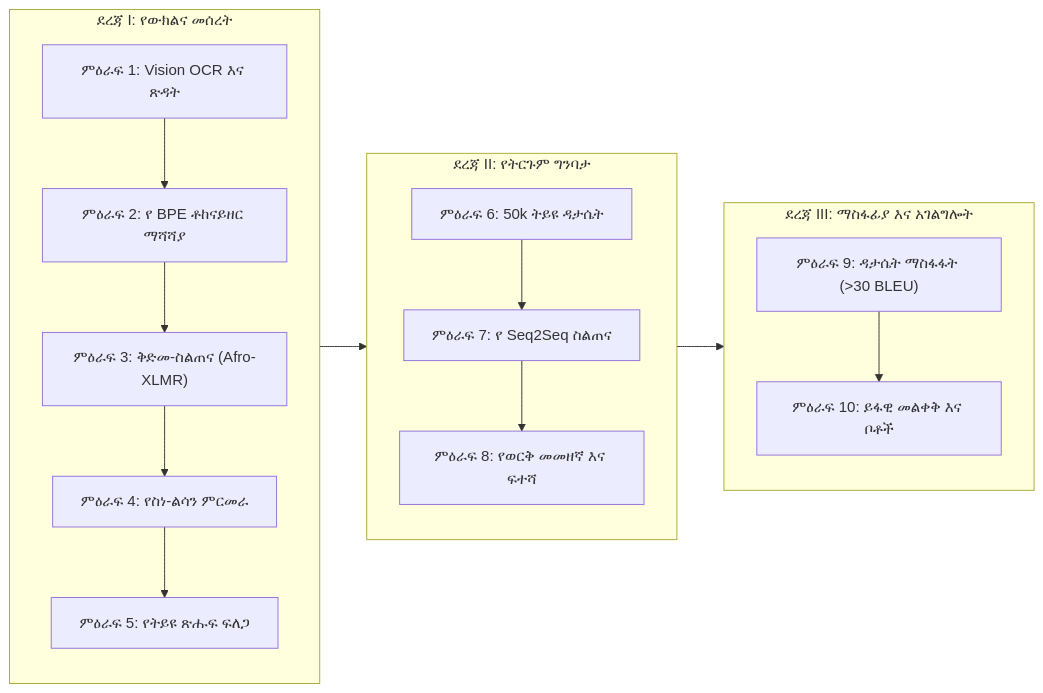
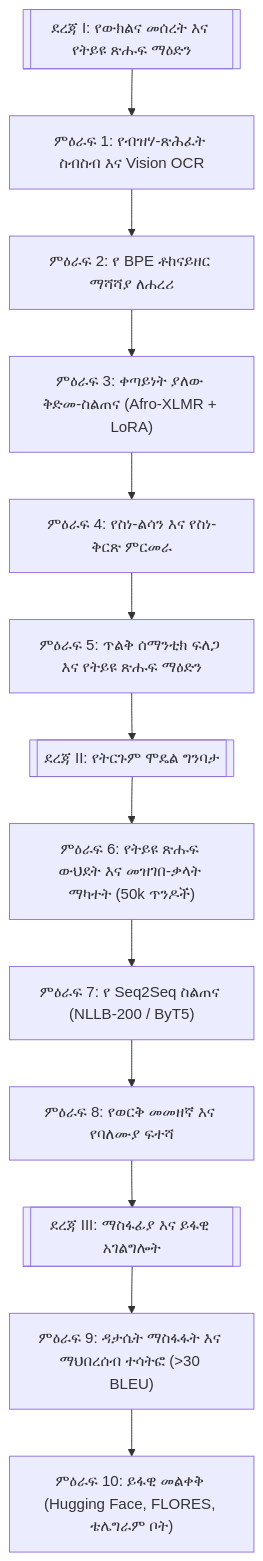
The third of 6 diagrams in README_AM.md (bogdanborovoy/harari-nmt), drawn with Mermaid before and after one commit. The commit also changed other lines of this file and 2 other files, not shown here.

Commit message:
Fix Section 5 diagram: restore vertical flowchart TD with milestone headers across all READMEs

````diff
--- a/README_AM.md
+++ b/README_AM.md
@@ -61,30 +149,24 @@
 ```mermaid
-flowchart LR
-    subgraph Stage1 ["ደረጃ I: የውክልና መሰረት"]
-        direction TB
-        P1["ምዕራፍ 1: Vision OCR እና ጽዳት"]
-        P2["ምዕራፍ 2: የ BPE ቶከናይዘር ማሻሻያ"]
-        P3["ምዕራፍ 3: ቅድመ-ስልጠና (Afro-XLMR)"]
-        P4["ምዕራፍ 4: የስነ-ልሳን ምርመራ"]
-        P5["ምዕራፍ 5: የትይዩ ጽሑፍ ፍለጋ"]
-        P1 --> P2 --> P3 --> P4 --> P5
-    end
+flowchart TD
+    S1[["ደረጃ I: የውክልና መሰረት እና የትይዩ ጽሑፍ ማዕድን"]]
+    P1["ምዕራፍ 1: የብዝሃ-ጽሕፈት ስብስብ እና Vision OCR"]
+    P2["ምዕራፍ 2: የ BPE ቶከናይዘር ማሻሻያ ለሐረሪ"]
+    P3["ምዕራፍ 3: ቀጣይነት ያለው ቅድመ-ስልጠና (Afro-XLMR + LoRA)"]
+    P4["ምዕራፍ 4: የስነ-ልሳን እና የስነ-ቅርጽ ምርመራ"]
+    P5["ምዕራፍ 5: ጥልቅ ሰማንቲክ ፍለጋ እና የትይዩ ጽሑፍ ማዕድን"]
 
-    subgraph Stage2 ["ደረጃ II: የትርጉም ግንባታ"]
-        direction TB
-        P6["ምዕራፍ 6: 50k ትይዩ ዳታሴት"]
-        P7["ምዕራፍ 7: የ Seq2Seq ስልጠና"]
-        P8["ምዕራፍ 8: የወርቅ መመዘኛ እና ፍተሻ"]
-        P6 --> P7 --> P8
-    end
+    S2[["ደረጃ II: የትርጉም ሞዴል ግንባታ"]]
+    P6["ምዕራፍ 6: የትይዩ ጽሑፍ ውህደት እና መዝገበ-ቃላት ማካተት (50k ጥንዶች)"]
+    P7["ምዕራፍ 7: የ Seq2Seq ስልጠና (NLLB-200 / ByT5)"]
+    P8["ምዕራፍ 8: የወርቅ መመዘኛ እና የባለሙያ ፍተሻ"]
 
-    subgraph Stage3 ["ደረጃ III: ማስፋፊያ እና አገልግሎት"]
-        direction TB
-        P9["ምዕራፍ 9: ዳታሴት ማስፋፋት (>30 BLEU)"]
-        P10["ምዕራፍ 10: ይፋዊ መልቀቅ እና ቦቶች"]
-        P9 --> P10
-    end
+    S3[["ደረጃ III: ማስፋፊያ እና ይፋዊ አገልግሎት"]]
+    P9["ምዕራፍ 9: ዳታሴት ማስፋፋት እና ማህበረሰብ ተሳትፎ (>30 BLEU)"]
+    P10["ምዕራፍ 10: ይፋዊ መልቀቅ (Hugging Face, FLORES, ቴሌግራም ቦት)"]
 
-    P5 --> P6
-    P8 --> P9
+    S1 --> P1 --> P2 --> P3 --> P4 --> P5
+    P5 --> S2
+    S2 --> P6 --> P7 --> P8
+    P8 --> S3
+    S3 --> P9 --> P10
 ```
````
